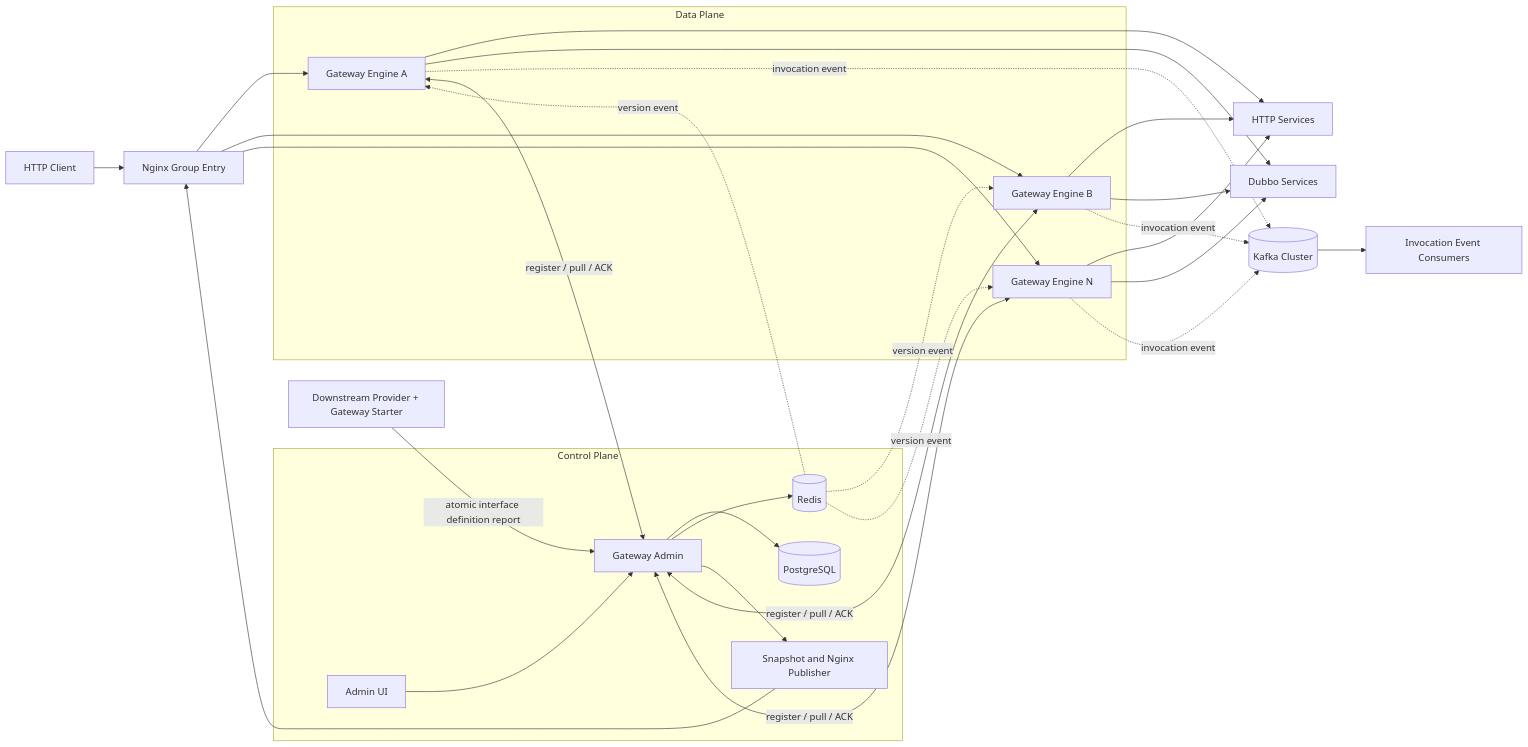
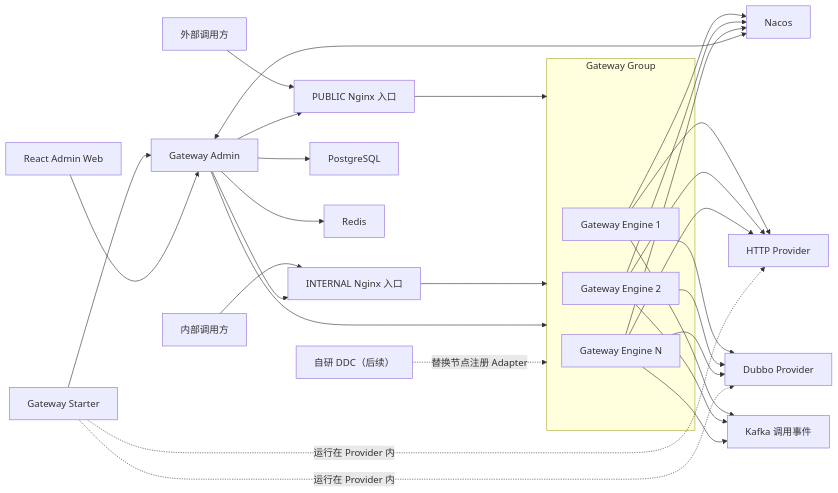
The first of 2 diagrams in docs/superpowers/specs/2026-07-24-gateway-component-design.md (AllenDEricDAlexander/Egon-COLA), drawn with Mermaid before and after one commit. The commit also changed other lines of this file, not shown here.

Commit message:
docs: refocus gateway spec on platform overview

````diff
--- a/docs/superpowers/specs/2026-07-24-gateway-component-design.md
+++ b/docs/superpowers/specs/2026-07-24-gateway-component-design.md
@@ -237,51 +101,43 @@
 ```mermaid
 flowchart LR
-    Client["HTTP Client"] --> Nginx["Nginx Group Entry"]
+    PublicClient["外部调用方"] --> PublicNginx["PUBLIC Nginx 入口"]
+    InternalClient["内部调用方"] --> InternalNginx["INTERNAL Nginx 入口"]
 
-    subgraph DataPlane["Data Plane"]
-        E1["Gateway Engine A"]
-        E2["Gateway Engine B"]
-        EN["Gateway Engine N"]
+    PublicNginx --> GatewayGroup
+    InternalNginx --> GatewayGroup
+
+    subgraph GatewayGroup["Gateway Group"]
+        Engine1["Gateway Engine 1"]
+        Engine2["Gateway Engine 2"]
+        EngineN["Gateway Engine N"]
     end
 
-    Nginx --> E1
-    Nginx --> E2
-    Nginx --> EN
+    Engine1 --> HttpProvider["HTTP Provider"]
+    Engine1 --> DubboProvider["Dubbo Provider"]
+    Engine2 --> HttpProvider
+    Engine2 --> DubboProvider
+    EngineN --> HttpProvider
+    EngineN --> DubboProvider
 
-    E1 --> HttpUpstream["HTTP Services"]
-    E2 --> HttpUpstream
-    EN --> HttpUpstream
-    E1 --> DubboUpstream["Dubbo Services"]
-    E2 --> DubboUpstream
-    EN --> DubboUpstream
+    Engine1 --> Kafka["Kafka 调用事件"]
+    Engine2 --> Kafka
+    EngineN --> Kafka
 
-    Kafka[("Kafka Cluster")]
-    Consumer["Invocation Event Consumers"]
-    E1 -. "invocation event" .-> Kafka
-    E2 -. "invocation event" .-> Kafka
-    EN -. "invocation event" .-> Kafka
-    Kafka --> Consumer
+    Engine1 --> Nacos["Nacos"]
+    Engine2 --> Nacos
+    EngineN --> Nacos
 
-    subgraph ControlPlane["Control Plane"]
-        Admin["Gateway Admin"]
-        PostgreSQL[("PostgreSQL")]
-        Redis[("Redis")]
-        UI["Admin UI"]
-        Publisher["Snapshot and Nginx Publisher"]
-    end
+    Starter["Gateway Starter"] --> Admin["Gateway Admin"]
+    Starter -. "运行在 Provider 内" .-> HttpProvider
+    Starter -. "运行在 Provider 内" .-> DubboProvider
 
-    UI --> Admin
-    Admin --> PostgreSQL
-    Admin --> Redis
-    Admin --> Publisher
-    Publisher --> Nginx
+    Admin --> PostgreSQL["PostgreSQL"]
+    Admin --> Redis["Redis"]
+    Admin <--> Nacos
+    Admin --> GatewayGroup
+    Admin --> PublicNginx
+    Admin --> InternalNginx
 
-    E1 <-->|"register / pull / ACK"| Admin
-    E2 <-->|"register / pull / ACK"| Admin
-    EN <-->|"register / pull / ACK"| Admin
-    Redis -. "version event" .-> E1
-    Redis -. "version event" .-> E2
-    Redis -. "version event" .-> EN
-
-    Provider["Downstream Provider + Gateway Starter"] -->|"atomic interface definition report"| Admin
+    AdminWeb["React Admin Web"] --> Admin
+    DDC["自研 DDC（后续）"] -. "替换节点注册 Adapter" .-> GatewayGroup
 ```
````
